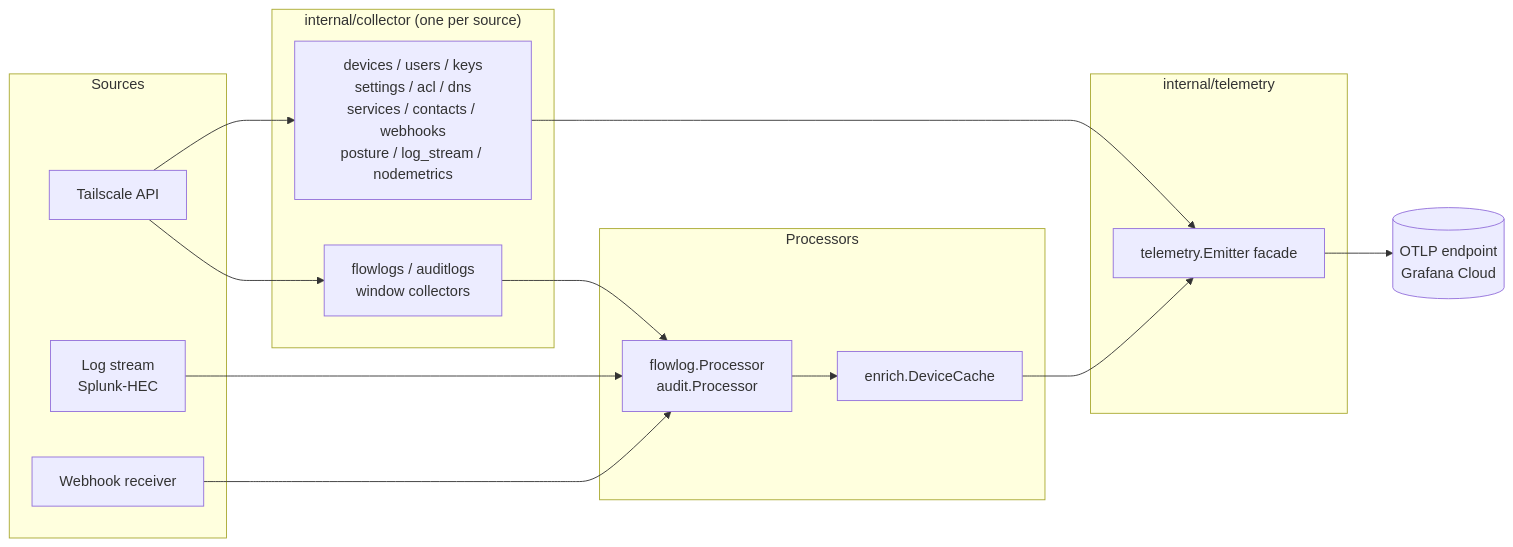
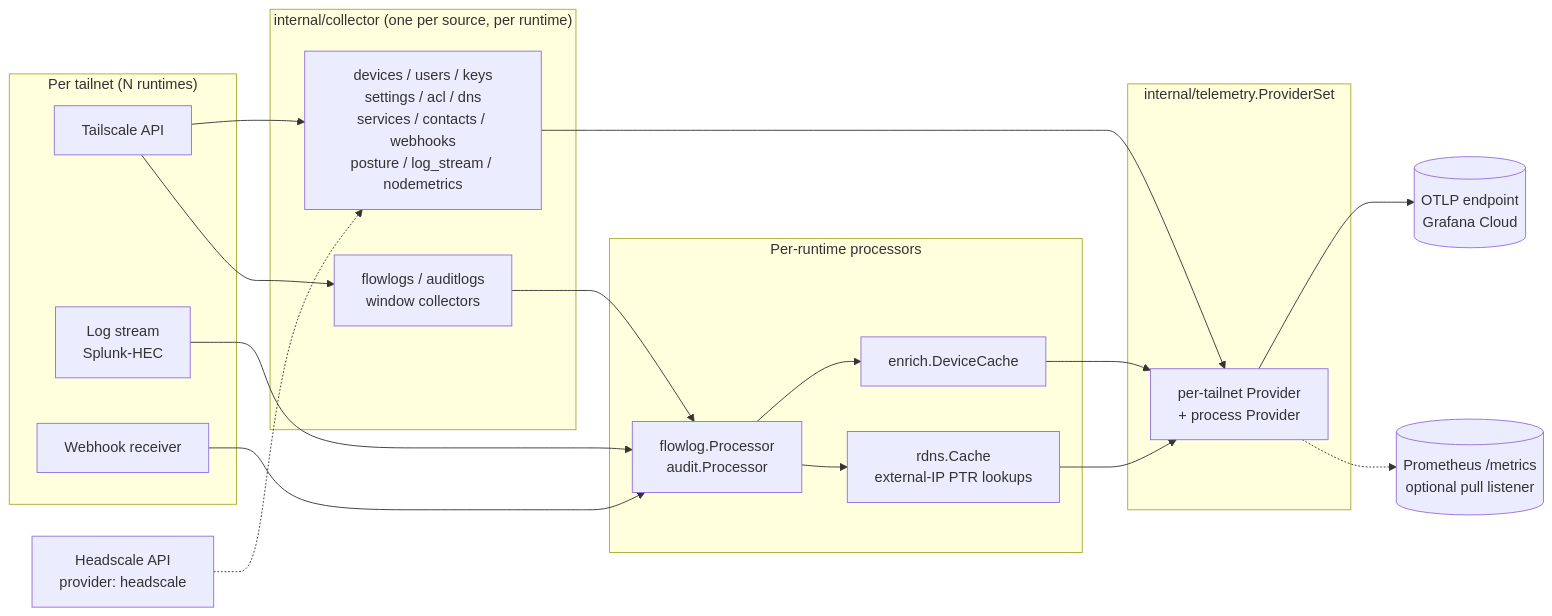
Before and after one commit to rknightion/tailscale2otel: the diagram in docs/architecture.md, drawn with Mermaid. The commit also changed other lines of this file and 15 other files, not shown here.

````diff
--- a/docs/architecture.md
+++ b/docs/architecture.md
@@ -18,34 +23,42 @@
 ```mermaid
 flowchart LR
-    subgraph Sources
+    subgraph Sources ["Per tailnet (N runtimes)"]
         A[Tailscale API]
         B[Log stream\nSplunk-HEC]
         C[Webhook receiver]
     end
 
-    subgraph Collectors ["internal/collector (one per source)"]
+    HS[Headscale API\nprovider: headscale]
+
+    subgraph Collectors ["internal/collector (one per source, per runtime)"]
         D[devices / users / keys\nsettings / acl / dns\nservices / contacts / webhooks\nposture / log_stream / nodemetrics]
         E[flowlogs / auditlogs\nwindow collectors]
     end
 
-    subgraph Processors
+    subgraph Processors ["Per-runtime processors"]
         F[flowlog.Processor\naudit.Processor]
         G[enrich.DeviceCache]
+        R[rdns.Cache\nexternal-IP PTR lookups]
     end
 
-    subgraph Telemetry ["internal/telemetry"]
-        H[telemetry.Emitter facade]
+    subgraph Telemetry ["internal/telemetry.ProviderSet"]
+        H[per-tailnet Provider\n+ process Provider]
     end
 
     I[(OTLP endpoint\nGrafana Cloud)]
+    P[(Prometheus /metrics\noptional pull listener)]
 
     A --> D
     A --> E
+    HS -.-> D
     B --> F
     C --> F
     E --> F
     D --> H
     F --> G
+    F --> R
     G --> H
+    R --> H
     H --> I
+    H -.-> P
 ```
````
